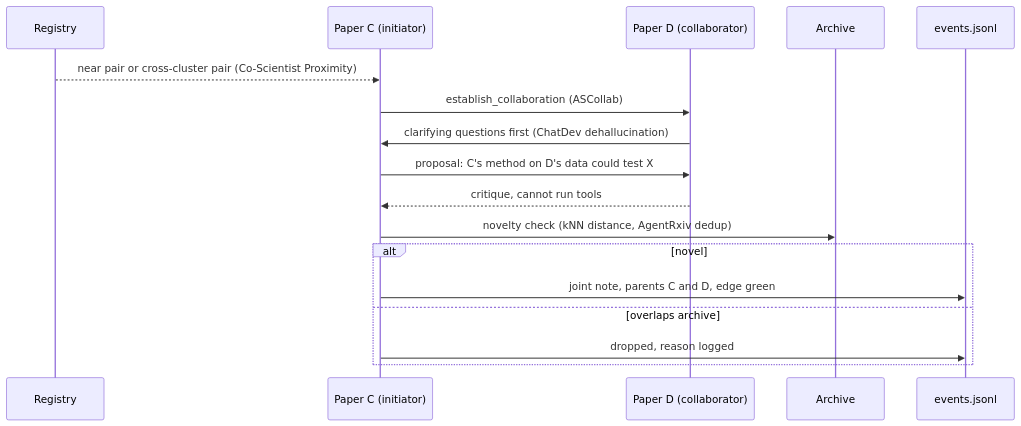
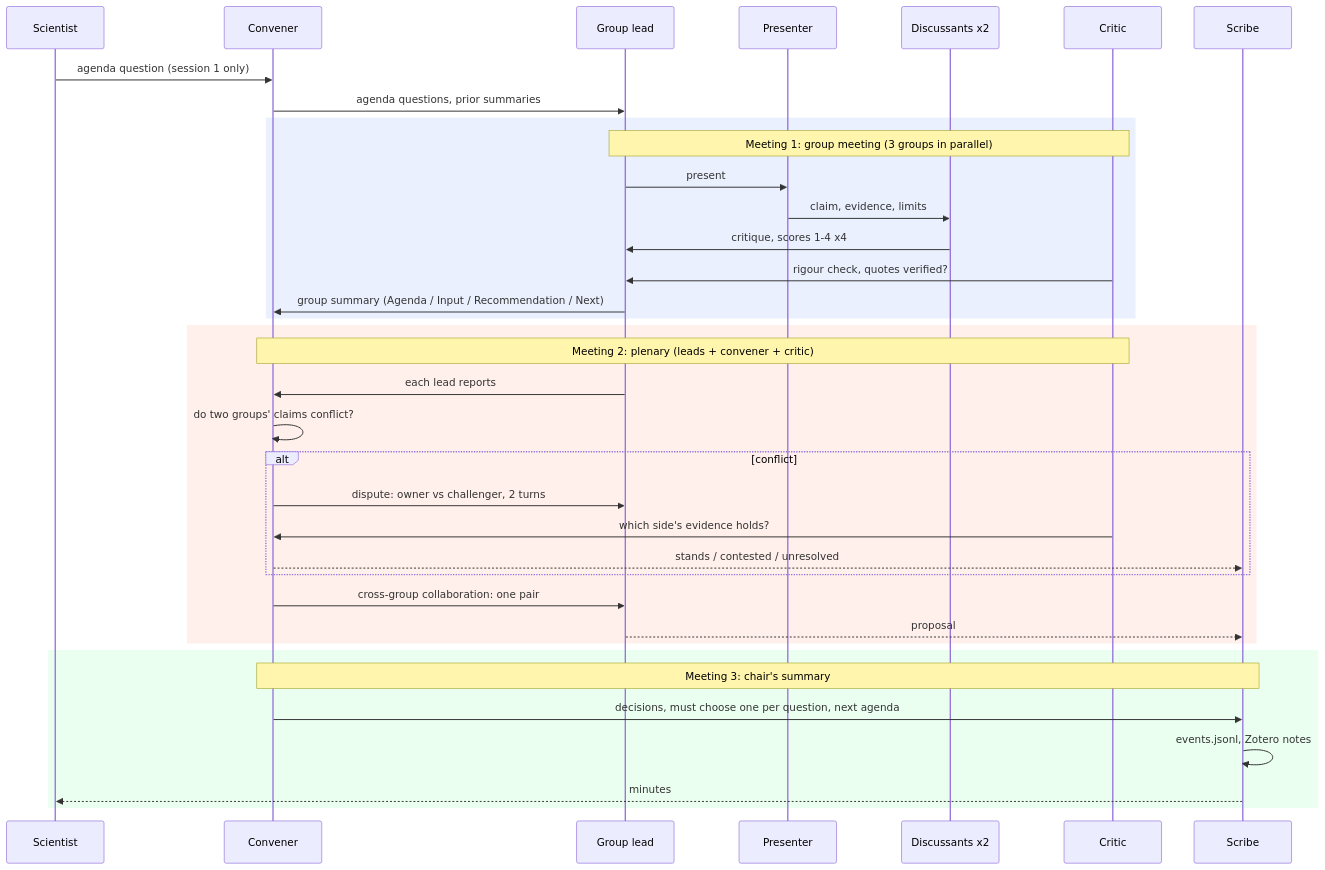
The second of 3 diagrams in research/review/organisation_diagram.md (jackysiupuichung/temp), drawn with Mermaid before and after one commit. The commit also changed other lines of this file and 1 other file, not shown here.

First line of the commit message:
Redesign organisation as a hierarchical journal club

````diff
--- a/research/review/organisation_diagram.md
+++ b/research/review/organisation_diagram.md
@@ -177,23 +91,45 @@
 ```mermaid
 sequenceDiagram
-    accTitle: Step 4 pair collaboration
-    accDescr: Pairs are chosen by proximity, one near pair for depth and one cross-cluster pair for breadth. The initiator leads and the collaborator critiques and asks clarifying questions but cannot run tools. The output is one joint note with a novelty check against the archive.
+    accTitle: One journal club session
+    accDescr: The convener sends agenda questions to the group leads. Each group runs a presentation, discussion by two discussants, a critic check and a lead summary, in parallel. In the plenary the leads report, the convener opens disputes where groups conflict and proposes cross-group collaborations, and decides. The scribe writes the minutes and Zotero notes.
 
-    participant R as Registry
-    participant I as Paper C (initiator)
-    participant K as Paper D (collaborator)
-    participant AR as Archive
-    participant E as events.jsonl
+    participant S as Scientist
+    participant C as Convener
+    participant L as Group lead
+    participant P as Presenter
+    participant D as Discussants x2
+    participant K as Critic
+    participant W as Scribe
 
-    R-->>I: near pair or cross-cluster pair (Co-Scientist Proximity)
-    I->>K: establish_collaboration (ASCollab)
-    K->>I: clarifying questions first (ChatDev dehallucination)
-    I->>K: proposal: C's method on D's data could test X
-    K-->>I: critique, cannot run tools
-    I->>AR: novelty check (kNN distance, AgentRxiv dedup)
-    alt novel
-        I->>E: joint note, parents C and D, edge green
-    else overlaps archive
-        I->>E: dropped, reason logged
+    S->>C: agenda question (session 1 only)
+    C->>L: agenda questions, prior summaries
+
+    rect rgb(235, 240, 255)
+        Note over L,K: Meeting 1: group meeting (3 groups in parallel)
+        L->>P: present
+        P->>D: claim, evidence, limits
+        D->>L: critique, scores 1-4 x4
+        K->>L: rigour check, quotes verified?
+        L->>C: group summary (Agenda / Input / Recommendation / Next)
+    end
+
+    rect rgb(255, 240, 235)
+        Note over C,K: Meeting 2: plenary (leads + convener + critic)
+        L->>C: each lead reports
+        C->>C: do two groups' claims conflict?
+        alt conflict
+            C->>L: dispute: owner vs challenger, 2 turns
+            K->>C: which side's evidence holds?
+            C-->>W: stands / contested / unresolved
+        end
+        C->>L: cross-group collaboration: one pair
+        L-->>W: proposal
+    end
+
+    rect rgb(235, 255, 240)
+        Note over C,W: Meeting 3: chair's summary
+        C->>W: decisions, must choose one per question, next agenda
+        W->>W: events.jsonl, Zotero notes
+        W-->>S: minutes
     end
 ```
````
